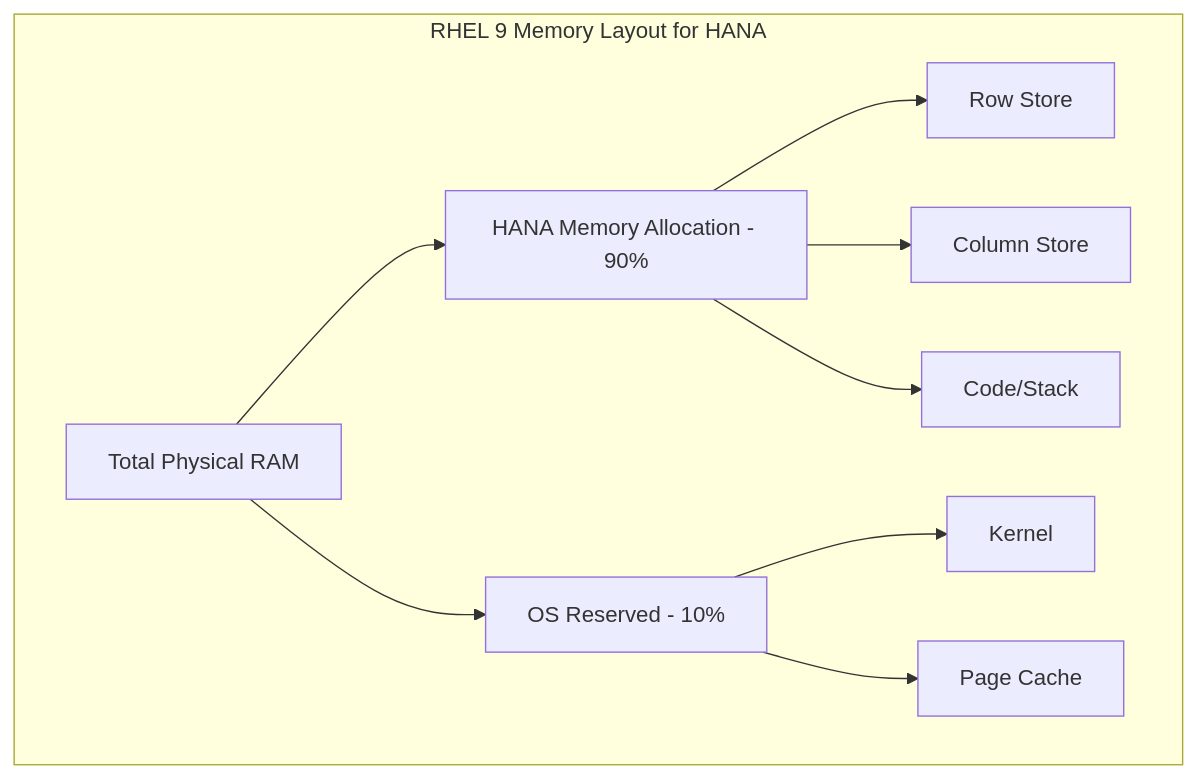
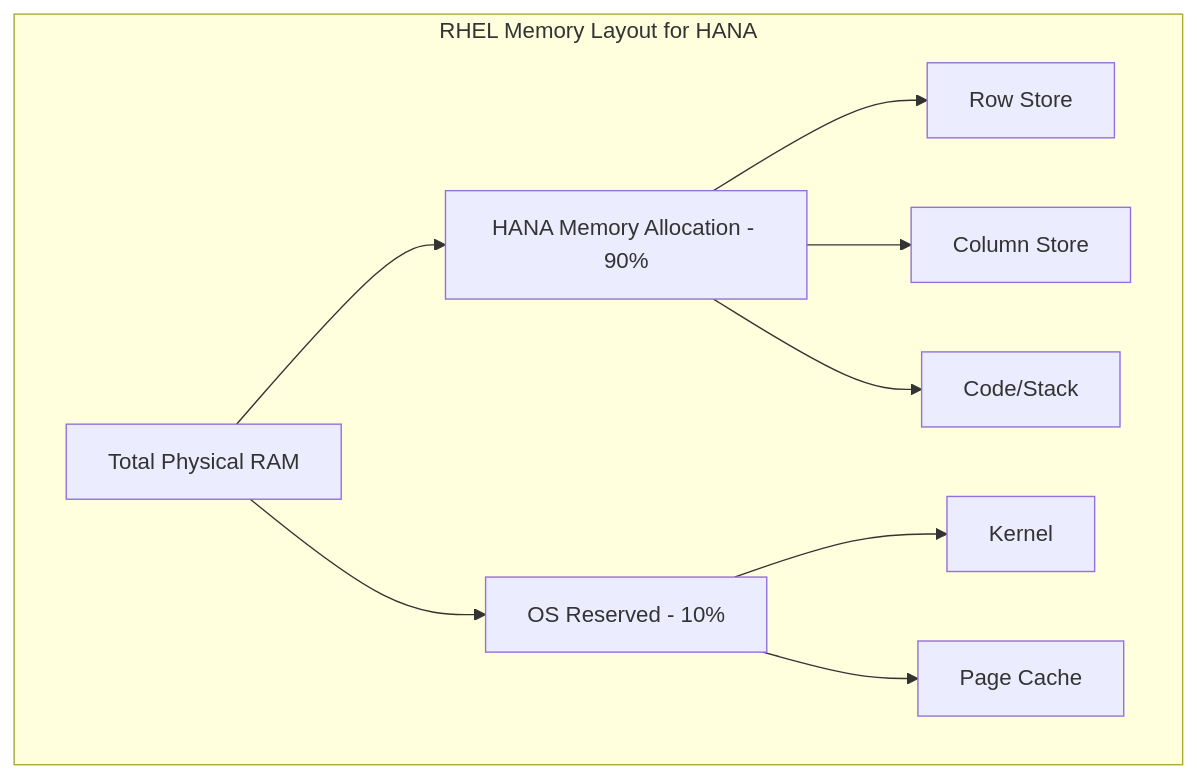
The diagram in posts/2026-03-04-configure-rhel-9-memory-cpu-sap-hana-best-practices/README.md (OneUptime/blog), drawn with Mermaid before and after one commit. The commit also changed other lines of this file and 4866 other files, not shown here.

````diff
--- a/posts/2026-03-04-configure-rhel-9-memory-cpu-sap-hana-best-practices/README.md
+++ b/posts/2026-03-04-configure-rhel-9-memory-cpu-sap-hana-best-practices/README.md
@@ -15,13 +15,13 @@
 ```mermaid
 graph TB
-    subgraph "RHEL 9 Memory Layout for HANA"
+    subgraph "RHEL Memory Layout for HANA"
         Total[Total Physical RAM]
         Total --> HANA_Alloc[HANA Memory Allocation - 90%]
         Total --> OS_Reserve[OS Reserved - 10%]
         HANA_Alloc --> Row[Row Store]
         HANA_Alloc --> Column[Column Store]
         HANA_Alloc --> Code[Code/Stack]
         OS_Reserve --> Kernel[Kernel]
         OS_Reserve --> Cache[Page Cache]
     end
 ```
````
